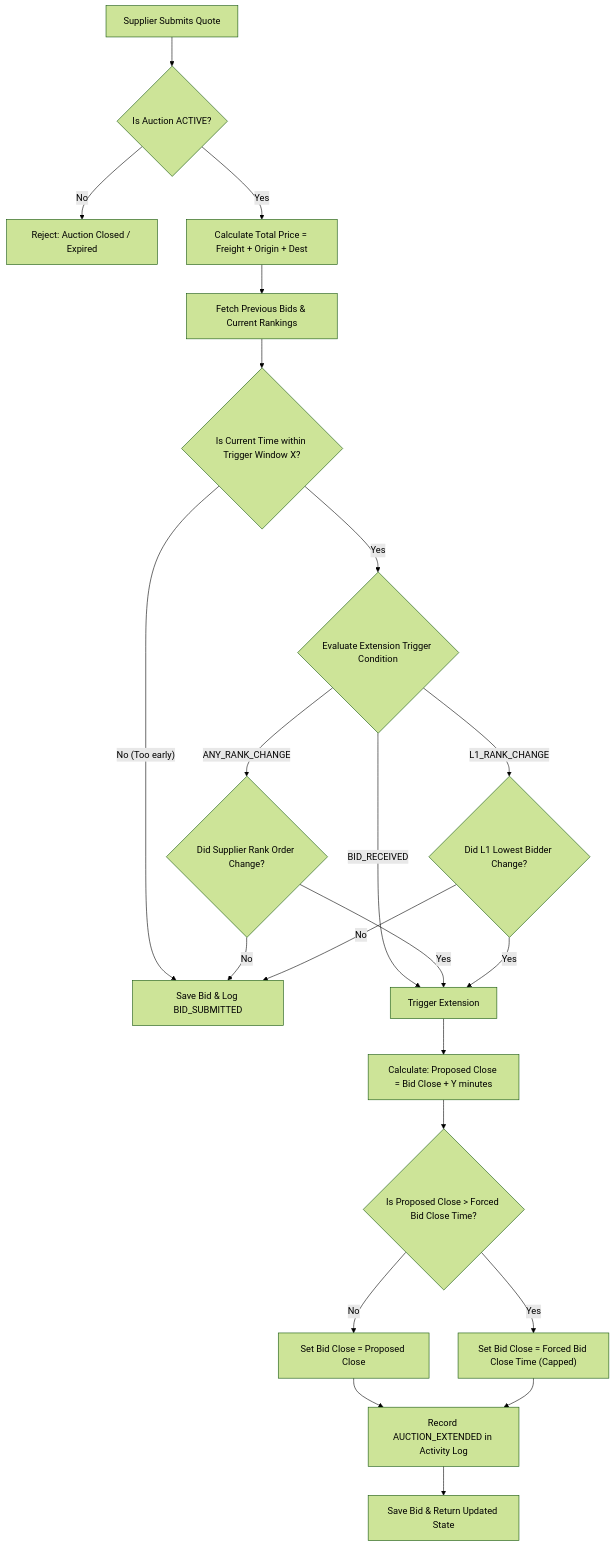
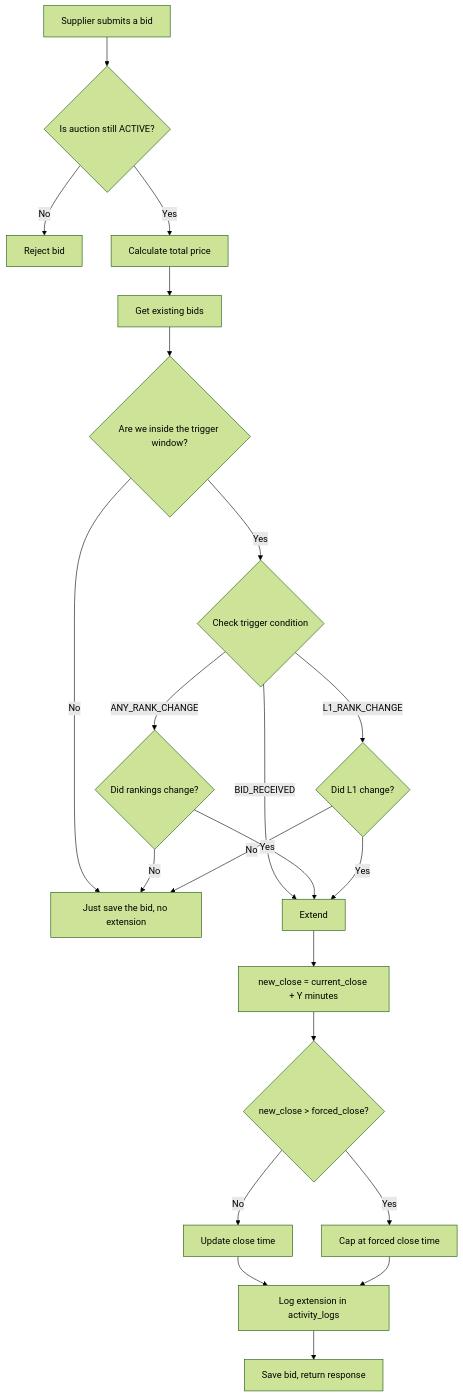
The diagram in HLD.md (Navdeep-Singh-03/british-auction-rfq), drawn with Mermaid (forest theme) before and after one commit. The commit also changed other lines of this file and 2 other files, not shown here.

````diff
--- a/HLD.md
+++ b/HLD.md
@@ -69,27 +36,27 @@
 ```mermaid
 flowchart TD
-    A["Supplier Submits Quote"] --> B{"Is Auction ACTIVE?"}
-    B -- "No" --> C["Reject: Auction Closed / Expired"]
-    B -- "Yes" --> D["Calculate Total Price = Freight + Origin + Dest"]
-    D --> E["Fetch Previous Bids & Current Rankings"]
-    E --> F{"Is Current Time within Trigger Window X?"}
-    F -- "No (Too early)" --> G["Save Bid & Log BID_SUBMITTED"]
-    F -- "Yes" --> H{"Evaluate Extension Trigger Condition"}
-    
-    H -- "BID_RECEIVED" --> I["Trigger Extension"]
-    H -- "ANY_RANK_CHANGE" --> J{"Did Supplier Rank Order Change?"}
-    H -- "L1_RANK_CHANGE" --> K{"Did L1 Lowest Bidder Change?"}
-    
+    A["Supplier submits a bid"] --> B{"Is auction still ACTIVE?"}
+    B -- "No" --> C["Reject bid"]
+    B -- "Yes" --> D["Calculate total price"]
+    D --> E["Get existing bids"]
+    E --> F{"Are we inside the trigger window?"}
+    F -- "No" --> G["Just save the bid, no extension"]
+    F -- "Yes" --> H{"Check trigger condition"}
+
+    H -- "BID_RECEIVED" --> I["Extend"]
+    H -- "ANY_RANK_CHANGE" --> J{"Did rankings change?"}
+    H -- "L1_RANK_CHANGE" --> K{"Did L1 change?"}
+
     J -- "Yes" --> I
     J -- "No" --> G
     K -- "Yes" --> I
     K -- "No" --> G
-    
-    I --> L["Calculate: Proposed Close = Bid Close + Y minutes"]
-    L --> M{"Is Proposed Close > Forced Bid Close Time?"}
-    M -- "No" --> N["Set Bid Close = Proposed Close"]
-    M -- "Yes" --> O["Set Bid Close = Forced Bid Close Time (Capped)"]
-    N --> P["Record AUCTION_EXTENDED in Activity Log"]
+
+    I --> L["new_close = current_close + Y minutes"]
+    L --> M{"new_close > forced_close?"}
+    M -- "No" --> N["Update close time"]
+    M -- "Yes" --> O["Cap at forced close time"]
+    N --> P["Log extension in activity_logs"]
     O --> P
-    P --> Q["Save Bid & Return Updated State"]
+    P --> Q["Save bid, return response"]
 ```
````
